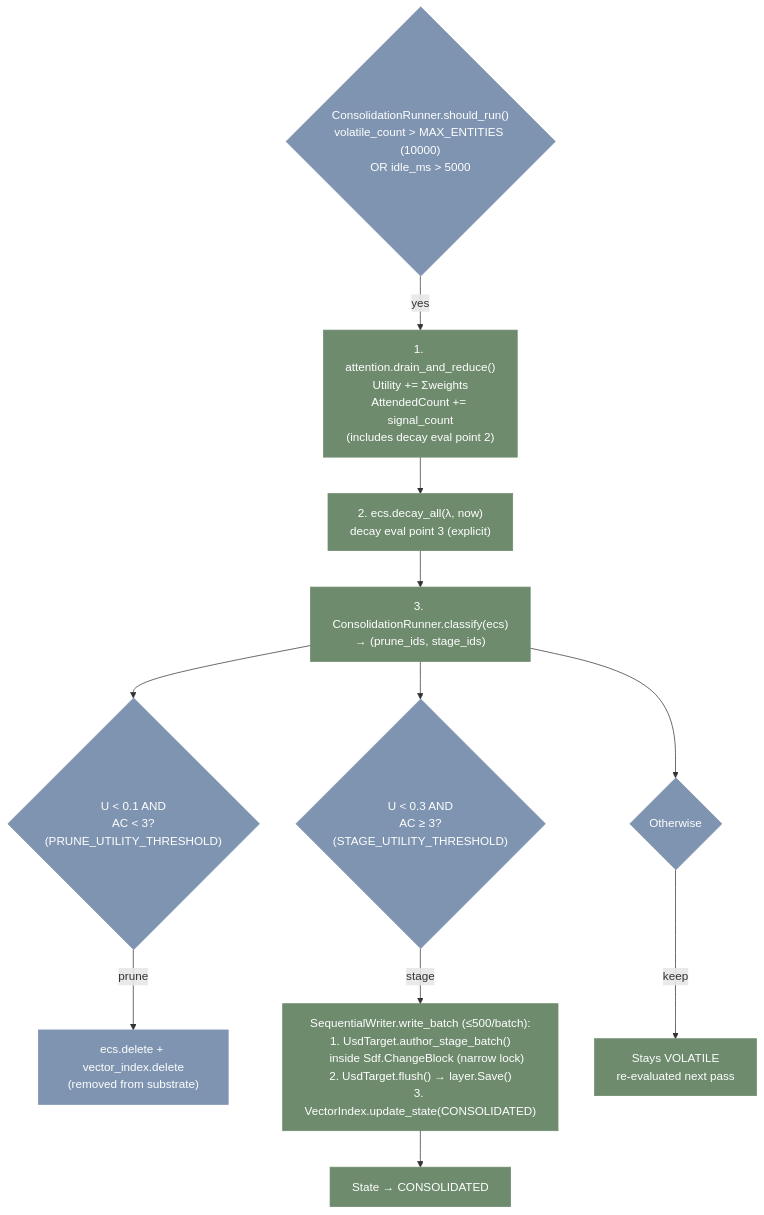
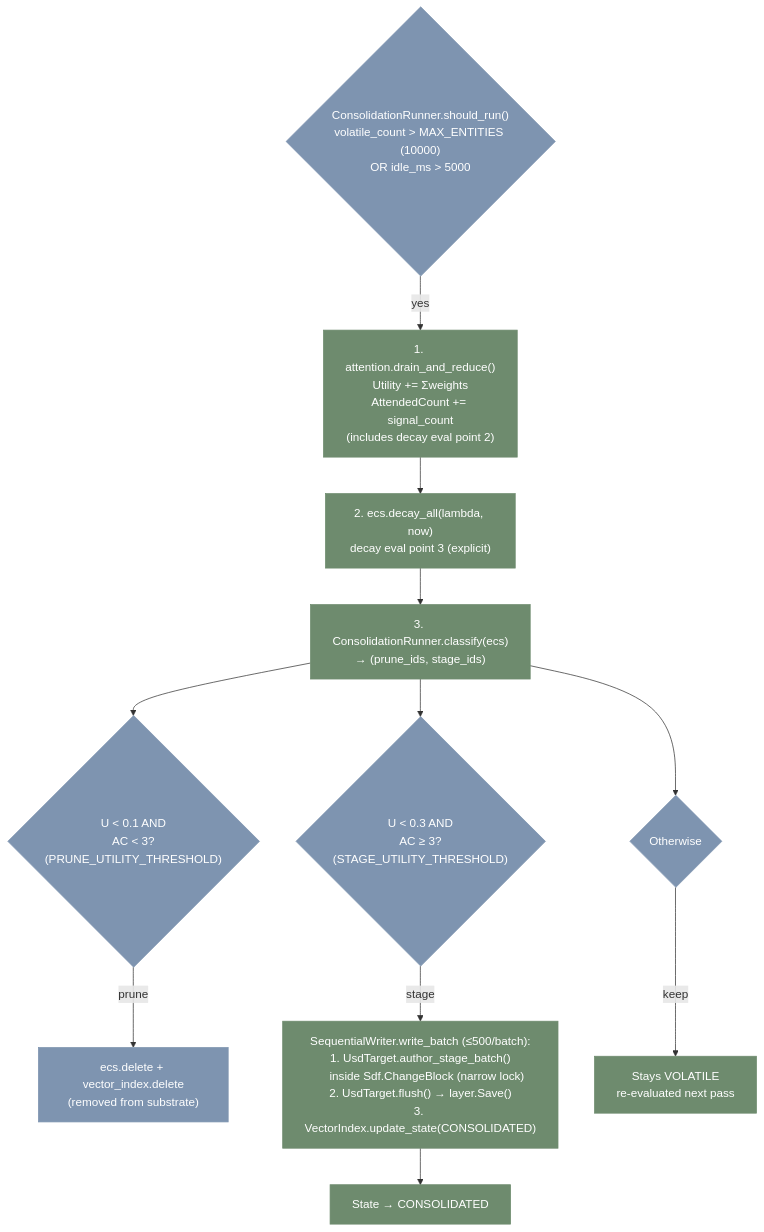
Before and after one commit to JosephOIbrahim/Moneta: the fifth of 10 diagrams in README.md, drawn with Mermaid. The commit also changed other lines of this file and 1 other file, not shown here.

First line of the commit message:
docs: README for v1.3.0-rc1 (native seams, v5 preview, test matrix, new mermaid diagrams)

````diff
--- a/README.md
+++ b/README.md
@@ -336,22 +363,22 @@
 ```mermaid
 flowchart TD
     trigger{"ConsolidationRunner.should_run()<br/>volatile_count > MAX_ENTITIES (10000)<br/>OR idle_ms > 5000"} -->|yes| drain_reduce["1. attention.drain_and_reduce()<br/>Utility += Σweights<br/>AttendedCount += signal_count<br/>(includes decay eval point 2)"]
-    drain_reduce --> decay3["2. ecs.decay_all(λ, now)<br/>decay eval point 3 (explicit)"]
+    drain_reduce --> decay3["2. ecs.decay_all(lambda, now)<br/>decay eval point 3 (explicit)"]
     decay3 --> classify["3. ConsolidationRunner.classify(ecs)<br/>→ (prune_ids, stage_ids)"]
 
     classify --> prune{"U &lt; 0.1 AND<br/>AC &lt; 3?<br/>(PRUNE_UTILITY_THRESHOLD)"}
     classify --> stage{"U &lt; 0.3 AND<br/>AC ≥ 3?<br/>(STAGE_UTILITY_THRESHOLD)"}
     classify --> keep{"Otherwise"}
 
     prune -->|prune| remove["ecs.delete + vector_index.delete<br/>(removed from substrate)"]
     stage -->|stage| seqwrite["SequentialWriter.write_batch (≤500/batch):<br/>1. UsdTarget.author_stage_batch()<br/>    inside Sdf.ChangeBlock (narrow lock)<br/>2. UsdTarget.flush() → layer.Save()<br/>3. VectorIndex.update_state(CONSOLIDATED)"]
     keep -->|keep| volatile["Stays VOLATILE<br/>re-evaluated next pass"]
 
     seqwrite --> consolidated["State → CONSOLIDATED"]
 
     classDef green fill:#6E8B6E,color:#fff,stroke:#6E8B6E
     classDef blue fill:#7E94B0,color:#fff,stroke:#7E94B0
 
     class drain_reduce,decay3,classify,seqwrite,consolidated,volatile green
     class trigger,prune,stage,keep,remove blue
 ```
````
